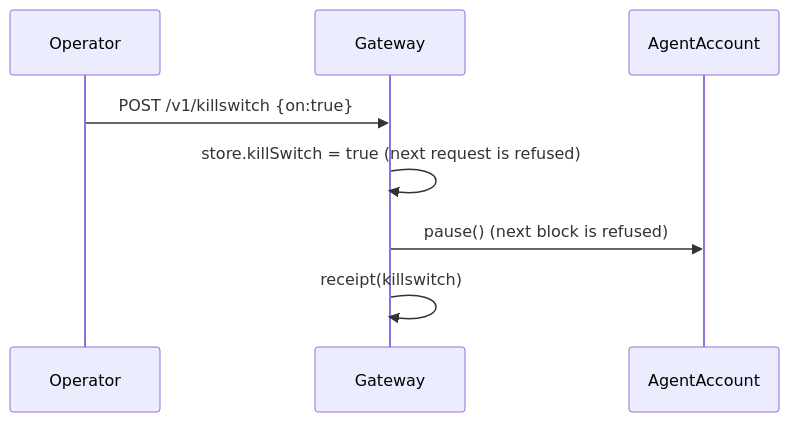
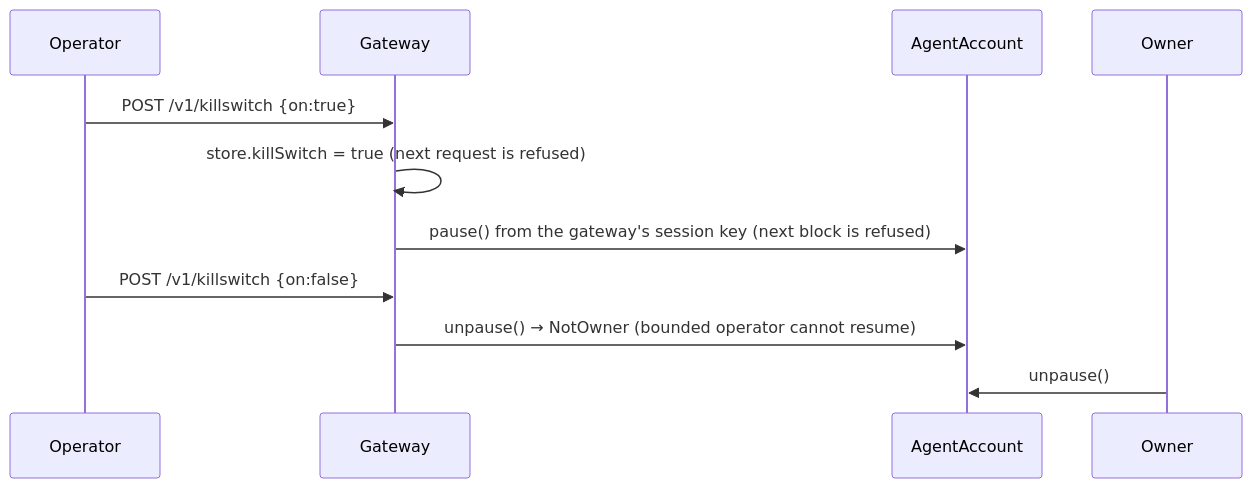
One commit to atharnouman/MachineNativeEconomy changed diagram 11 of 11 in docs/ARCHITECTURE.md. Above: the diagram before and after it, drawn with Mermaid. The commit also changed other lines of this file and 99 other files, not shown here.

````diff
--- a/docs/ARCHITECTURE.md
+++ b/docs/ARCHITECTURE.md
@@ -129,10 +212,13 @@
 ```mermaid
 sequenceDiagram
   participant Op as Operator
   participant GW as Gateway
   participant C as AgentAccount
+  participant O as Owner
   Op->>GW: POST /v1/killswitch {on:true}
   GW->>GW: store.killSwitch = true (next request is refused)
-  GW->>C: pause() (next block is refused)
-  GW->>GW: receipt(killswitch)
+  GW->>C: pause() from the gateway's session key (next block is refused)
+  Op->>GW: POST /v1/killswitch {on:false}
+  GW->>C: unpause() → NotOwner (bounded operator cannot resume)
+  O->>C: unpause()
 ```
````
